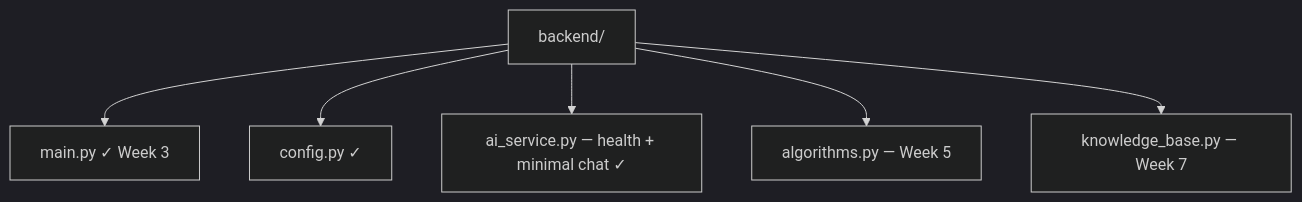
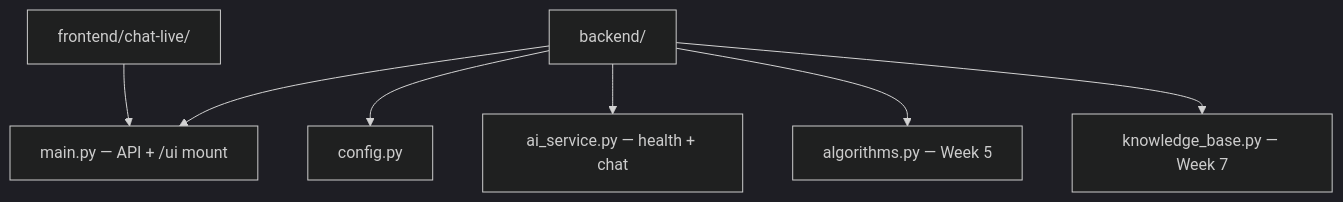
One commit to hodncgi/AMS changed the diagram in backend/README.md. Above: the diagram before and after it, drawn with Mermaid (dark theme). The commit also changed other lines of this file and 14 other files, not shown here.

First line of the commit message:
Close Week 3 and start Week 4 with live HTML chat UI.

````diff
--- a/backend/README.md
+++ b/backend/README.md
@@ -31,8 +31,9 @@
 ```mermaid
 flowchart TB
-    ROOT[backend/] --> MAIN[main.py ✓ Week 3]
-    ROOT --> CFG[config.py ✓]
-    ROOT --> AI[ai_service.py — health + minimal chat ✓]
+    ROOT[backend/] --> MAIN[main.py — API + /ui mount]
+    ROOT --> CFG[config.py]
+    ROOT --> AI[ai_service.py — health + chat]
+    UI[frontend/chat-live/] --> MAIN
     ROOT --> ALG[algorithms.py — Week 5]
     ROOT --> KB[knowledge_base.py — Week 7]
 ```
````
